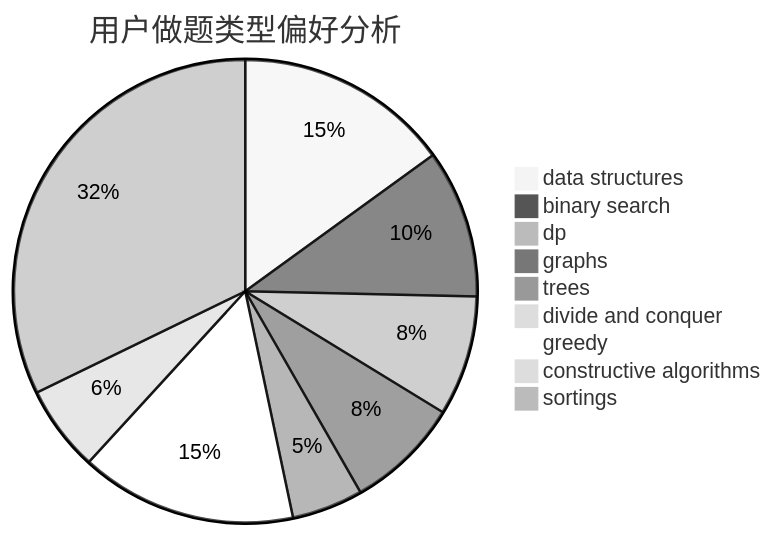
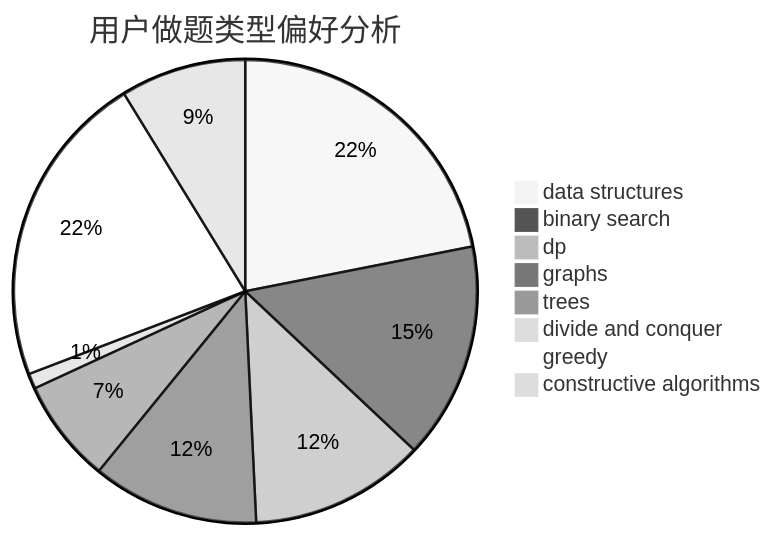
Before and after one commit to sherpahu/cfrs.github.io: the second of 3 diagrams in docs/user/u2242.md, drawn with Mermaid (neutral theme). The commit also changed other lines of this file and 2769 other files, not shown here.

````diff
--- a/docs/user/u2242.md
+++ b/docs/user/u2242.md
@@ -18,12 +18,11 @@
 ```mermaid
 pie title 用户做题类型偏好分析
     "data structures" :  145
     "binary search" :  100
     "dp" :  81
     "graphs" :  77
     "trees" :  48
     "divide and conquer" :  7
     "greedy" :  146
     "constructive algorithms" :  58
-    "sortings" :  311
 ```
````
